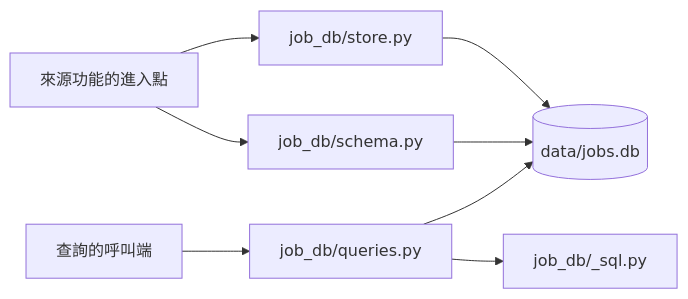
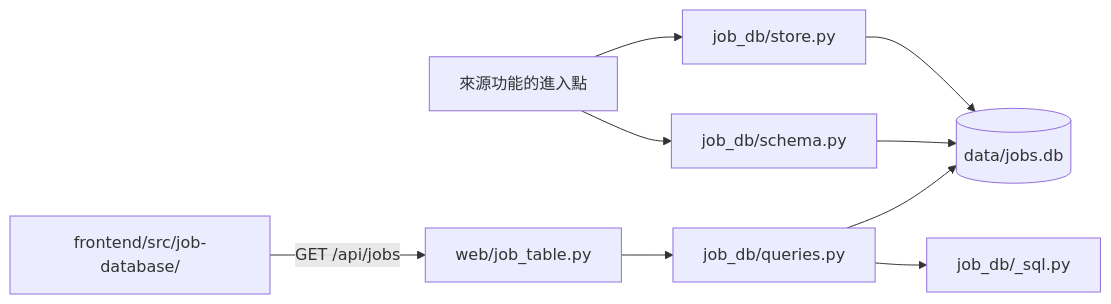
The diagram in docs/tech/tech-design/job-database.md (dlhdb/job-matching), drawn with Mermaid before and after one commit. The commit also changed other lines of this file and 8 other files, not shown here.

````diff
--- a/docs/tech/tech-design/job-database.md
+++ b/docs/tech/tech-design/job-database.md
@@ -8,10 +11,11 @@
 ```mermaid
 flowchart LR
+    page["frontend/src/job-database/"] -->|"GET /api/jobs"| api["web/job_table.py"]
+    api --> queries["job_db/queries.py"]
     src["來源功能的進入點"] --> store["job_db/store.py"]
     src --> schema["job_db/schema.py"]
-    reader["查詢的呼叫端"] --> queries["job_db/queries.py"]
     store --> db[("data/jobs.db")]
     schema --> db
     queries --> db
     queries --> sql["job_db/_sql.py"]
 ```
````
